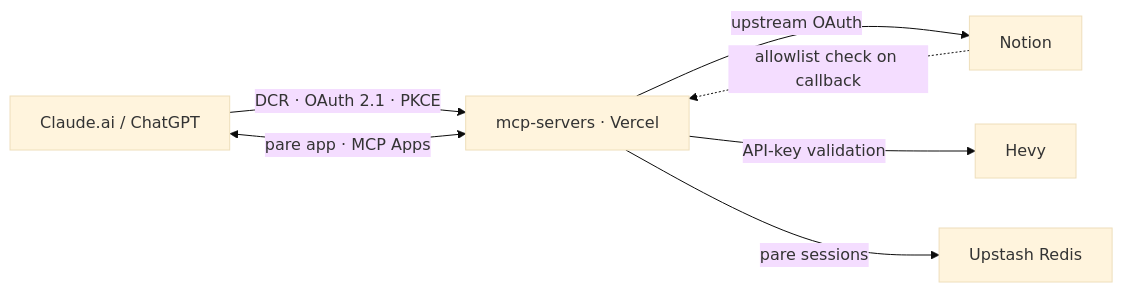
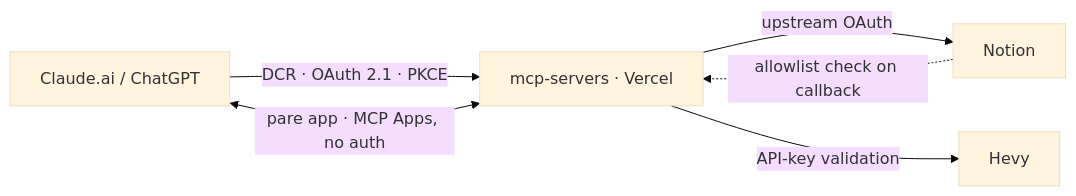
The diagram in README.md (kincaidoneil/mcp-servers), drawn with Mermaid (base theme) before and after one commit. The commit also changed other lines of this file and 37 other files, not shown here.

````diff
--- a/README.md
+++ b/README.md
@@ -99,15 +93,13 @@
 ```mermaid
 flowchart LR
     client["Claude.ai / ChatGPT"]
     bridge["mcp-servers · Vercel"]
     notion["Notion"]
     hevy["Hevy"]
-    redis["Upstash Redis"]
 
     client -->|"DCR · OAuth 2.1 · PKCE"| bridge
-    client <-->|"pare app · MCP Apps"| bridge
+    client <-->|"pare app · MCP Apps, no auth"| bridge
     bridge -->|"upstream OAuth"| notion
     notion -.->|"allowlist check on callback"| bridge
     bridge -->|"API-key validation"| hevy
-    bridge -->|"pare sessions"| redis
 ```
````
